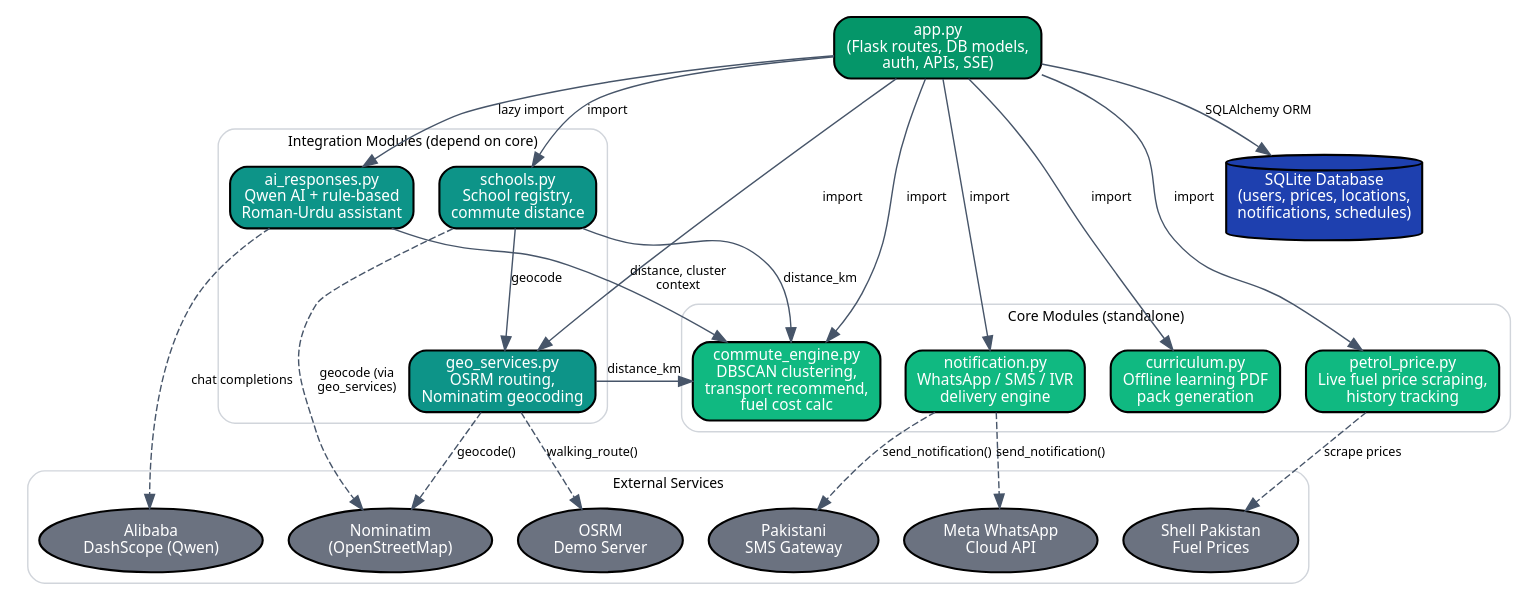
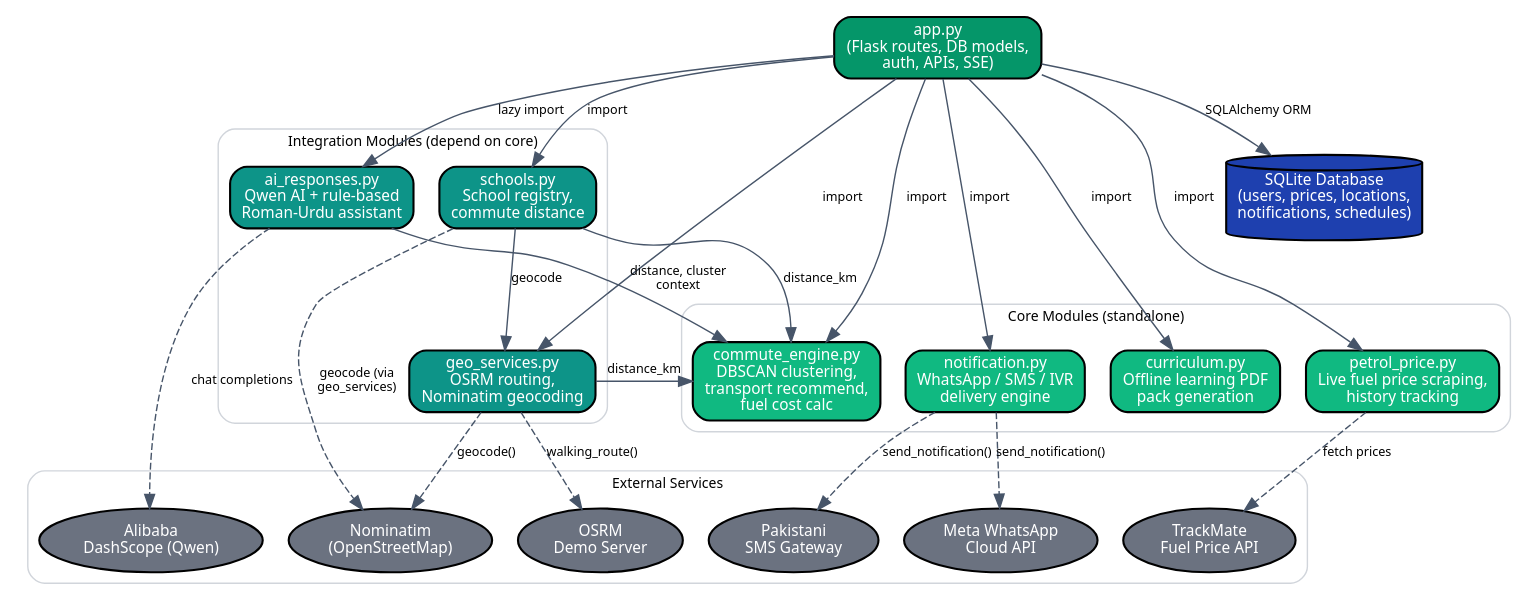
The diagram in docs/architecture/module-dependencies.dot (eemanefatimaawan567-glitch/Safar-e-Taleem), drawn with Graphviz before and after one commit. The commit also changed 7 other files, not shown here.

Commit message:
fix: update demo flow and arrival detection

```diff
--- a/docs/architecture/module-dependencies.dot
+++ b/docs/architecture/module-dependencies.dot
@@ -1,85 +1,85 @@
 // Safar-e-Taleem — Python Module Dependency Graph
 // Evidence: import statements in app.py and modules/*.py
 // Edge types: import (compile-time), runtime-call
 // Generated from code analysis — all edges are compile-time imports unless noted.
 
 digraph safar_e_taleem_modules {
     rankdir=TB
     node [shape=box, style="rounded,filled", fontname="Segoe UI", fontsize=11, penwidth=1.5]
     edge [fontname="Segoe UI", fontsize=9, color="#475569"]
 
     // --- Entry point ---
     app [label="app.py\n(Flask routes, DB models,\nauth, APIs, SSE)", fillcolor="#059669", fontcolor="white"]
 
     // --- Core modules (no internal deps) ---
     subgraph cluster_core {
         label="Core Modules (standalone)"
         style=rounded
         color="#d1d5db"
         fontname="Segoe UI"
         fontsize=10
 
         commute_engine [label="commute_engine.py\nDBSCAN clustering,\ntransport recommend,\nfuel cost calc", fillcolor="#10b981", fontcolor="white"]
         petrol_price [label="petrol_price.py\nLive fuel price scraping,\nhistory tracking", fillcolor="#10b981", fontcolor="white"]
         notification [label="notification.py\nWhatsApp / SMS / IVR\ndelivery engine", fillcolor="#10b981", fontcolor="white"]
         curriculum [label="curriculum.py\nOffline learning PDF\npack generation", fillcolor="#10b981", fontcolor="white"]
     }
 
     // --- Integration modules (depend on core) ---
     subgraph cluster_integration {
         label="Integration Modules (depend on core)"
         style=rounded
         color="#d1d5db"
         fontname="Segoe UI"
         fontsize=10
 
         geo_services [label="geo_services.py\nOSRM routing,\nNominatim geocoding", fillcolor="#0d9488", fontcolor="white"]
         schools [label="schools.py\nSchool registry,\ncommute distance", fillcolor="#0d9488", fontcolor="white"]
         ai_responses [label="ai_responses.py\nQwen AI + rule-based\nRoman-Urdu assistant", fillcolor="#0d9488", fontcolor="white"]
     }
 
     // --- External services ---
     subgraph cluster_external {
         label="External Services"
         style=rounded
         color="#d1d5db"
         fontname="Segoe UI"
         fontsize=10
         node [shape=ellipse, fillcolor="#6b7280", fontcolor="white"]
 
         osrm [label="OSRM\nDemo Server"]
         nominatim [label="Nominatim\n(OpenStreetMap)"]
         dashscope [label="Alibaba\nDashScope (Qwen)"]
         whatsapp_api [label="Meta WhatsApp\nCloud API"]
         sms_gw [label="Pakistani\nSMS Gateway"]
-        fuel_api [label="Shell Pakistan\nFuel Prices"]
+        fuel_api [label="TrackMate\nFuel Price API"]
     }
 
     // --- Database ---
     database [label="SQLite Database\n(users, prices, locations,\nnotifications, schedules)", shape=cylinder, fillcolor="#1e40af", fontcolor="white"]
 
     // ============ app.py -> all modules ============
     app -> commute_engine [label="import"]
     app -> petrol_price [label="import"]
     app -> schools [label="import"]
     app -> geo_services [label="import"]
     app -> ai_responses [label="lazy import"]
     app -> notification [label="import"]
     app -> curriculum [label="import"]
     app -> database [label="SQLAlchemy ORM"]
 
     // ============ Integration module dependencies ============
     geo_services -> commute_engine [label="distance_km"]
     schools -> commute_engine [label="distance_km"]
     schools -> geo_services [label="geocode"]
     ai_responses -> commute_engine [label="distance, cluster\ncontext"]
 
     // ============ External service calls ============
     geo_services -> osrm [label="walking_route()", style=dashed, labeldistance=2.0]
     geo_services -> nominatim [label="geocode()", style=dashed]
     schools -> nominatim [label="geocode (via\ngeo_services)", style=dashed]
     ai_responses -> dashscope [label="chat completions", style=dashed]
     notification -> whatsapp_api [label="send_notification()", style=dashed]
     notification -> sms_gw [label="send_notification()", style=dashed]
-    petrol_price -> fuel_api [label="scrape prices", style=dashed]
+    petrol_price -> fuel_api [label="fetch prices", style=dashed]
 }
```
